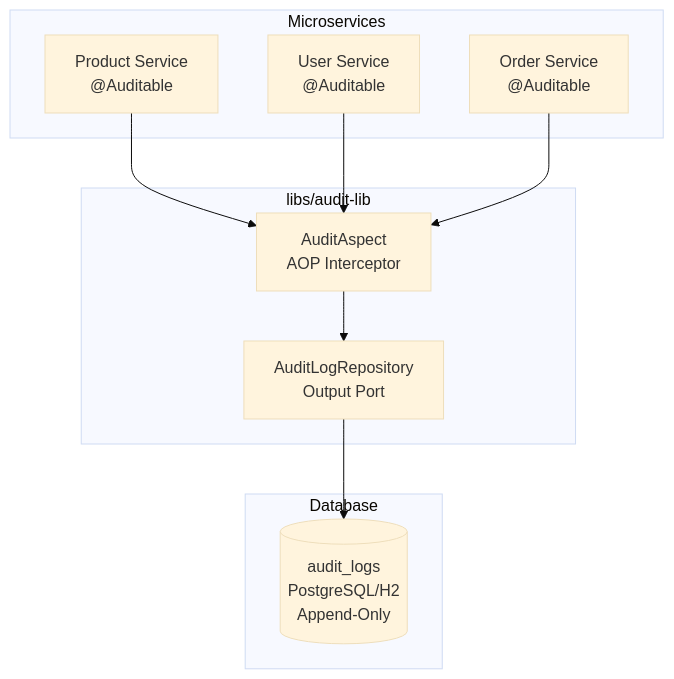
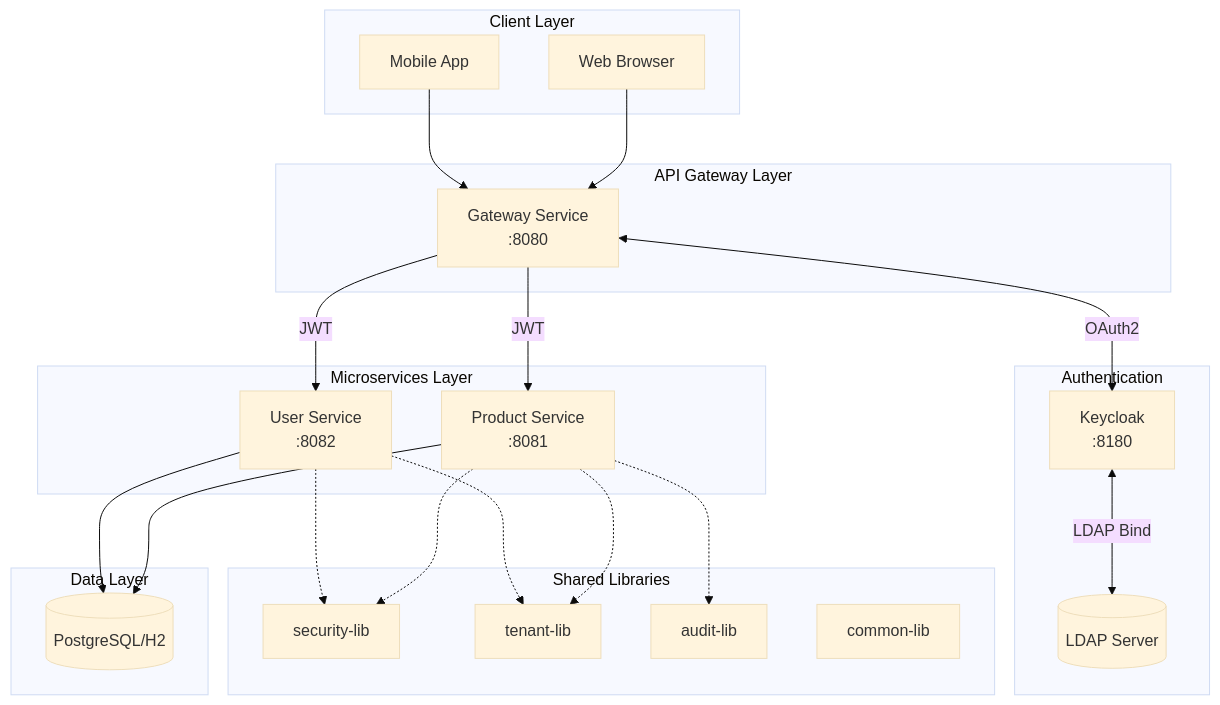
Before and after one commit to ChunPingWang/rbac-sso-poc: the first of 9 diagrams in README.md, drawn with Mermaid (base theme). The commit also changed other lines of this file and 15 other files, not shown here.

````diff
--- a/README.md
+++ b/README.md
@@ -64,23 +46,46 @@
 ```mermaid
 flowchart TB
-    subgraph Services["Microservices"]
-        PS[Product Service<br/>@Auditable]
-        US[User Service<br/>@Auditable]
-        OS[Order Service<br/>@Auditable]
+    subgraph Client["Client Layer"]
+        WEB[Web Browser]
+        MOBILE[Mobile App]
     end
 
-    subgraph AuditLib["libs/audit-lib"]
-        AA[AuditAspect<br/>AOP Interceptor]
-        AR[AuditLogRepository<br/>Output Port]
+    subgraph Gateway["API Gateway Layer"]
+        GW[Gateway Service<br/>:8080]
     end
 
-    subgraph Storage["Database"]
-        DB[(audit_logs<br/>PostgreSQL/H2<br/>Append-Only)]
+    subgraph Auth["Authentication"]
+        KC[Keycloak<br/>:8180]
+        LDAP[(LDAP Server)]
     end
 
-    PS --> AA
-    US --> AA
-    OS --> AA
-    AA --> AR
-    AR --> DB
+    subgraph Services["Microservices Layer"]
+        PS[Product Service<br/>:8081]
+        US[User Service<br/>:8082]
+    end
+
+    subgraph SharedLibs["Shared Libraries"]
+        SL[security-lib]
+        TL[tenant-lib]
+        AL[audit-lib]
+        CL[common-lib]
+    end
+
+    subgraph Data["Data Layer"]
+        DB[(PostgreSQL/H2)]
+    end
+
+    WEB --> GW
+    MOBILE --> GW
+    GW -->|JWT| PS
+    GW -->|JWT| US
+    GW <-->|OAuth2| KC
+    KC <-->|LDAP Bind| LDAP
+    PS --> DB
+    US --> DB
+    PS -.-> SL
+    PS -.-> TL
+    PS -.-> AL
+    US -.-> SL
+    US -.-> TL
 ```
````
